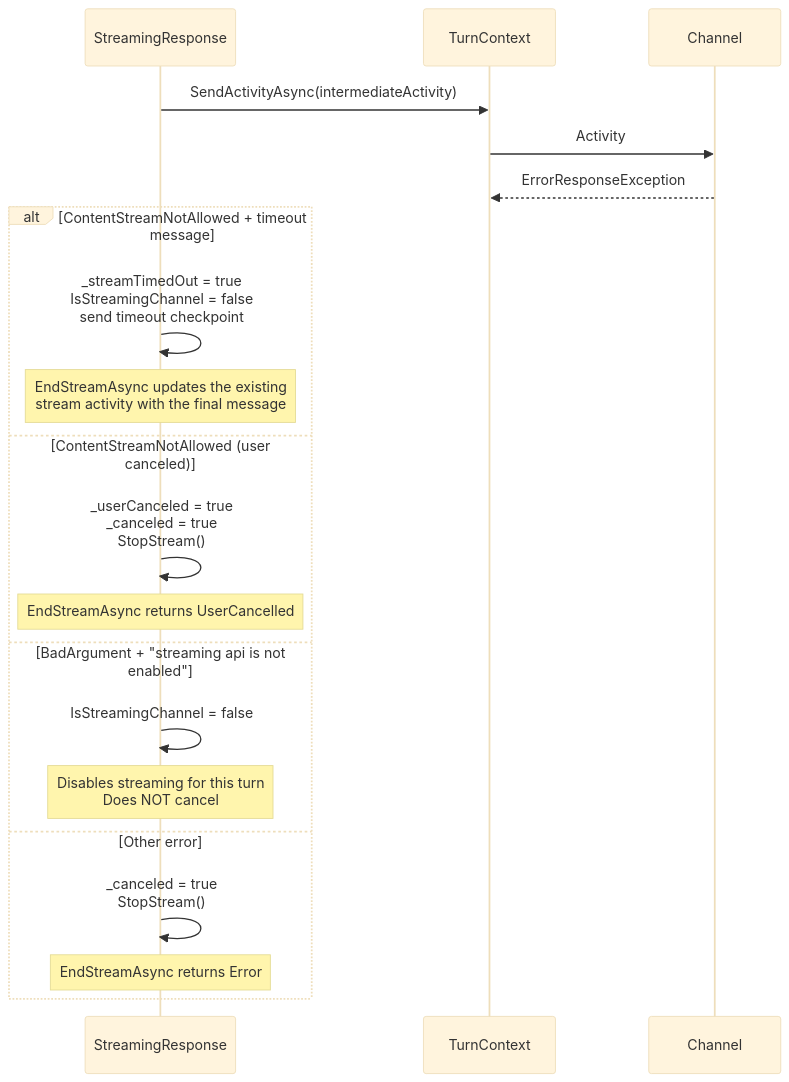
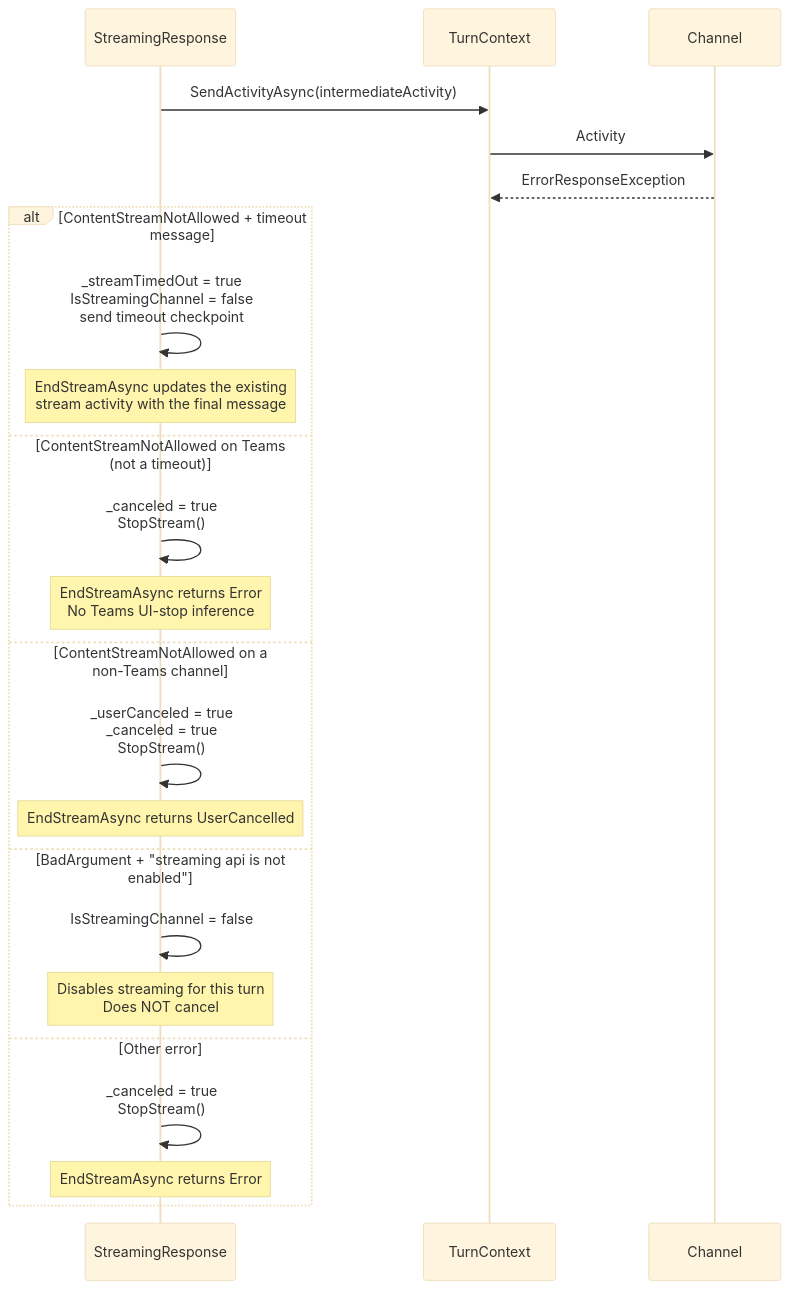
The third of 4 diagrams in docs/streaming-response-sequence-diagram.md (microsoft/Agents-for-net), drawn with Mermaid (base theme) before and after one commit. The commit also changed other lines of this file and 5 other files, not shown here.

First line of the commit message:
Align Teams streaming service rejection semantics

````diff
--- a/docs/streaming-response-sequence-diagram.md
+++ b/docs/streaming-response-sequence-diagram.md
@@ -120,24 +134,27 @@
 ```mermaid
 sequenceDiagram
     participant StreamingResponse
     participant TurnContext
     participant Channel
 
     StreamingResponse->>TurnContext: SendActivityAsync(intermediateActivity)
     TurnContext->>Channel: Activity
     Channel-->>TurnContext: ErrorResponseException
 
     alt ContentStreamNotAllowed + timeout message
         StreamingResponse->>StreamingResponse: _streamTimedOut = true<br/>IsStreamingChannel = false<br/>send timeout checkpoint
         Note over StreamingResponse: EndStreamAsync updates the existing<br/>stream activity with the final message
-    else ContentStreamNotAllowed (user canceled)
+    else ContentStreamNotAllowed on Teams (not a timeout)
+        StreamingResponse->>StreamingResponse: _canceled = true<br/>StopStream()
+        Note over StreamingResponse: EndStreamAsync returns Error<br/>No Teams UI-stop inference
+    else ContentStreamNotAllowed on a non-Teams channel
         StreamingResponse->>StreamingResponse: _userCanceled = true<br/>_canceled = true<br/>StopStream()
         Note over StreamingResponse: EndStreamAsync returns UserCancelled
     else BadArgument + "streaming api is not enabled"
         StreamingResponse->>StreamingResponse: IsStreamingChannel = false
         Note over StreamingResponse: Disables streaming for this turn<br/>Does NOT cancel
     else Other error
         StreamingResponse->>StreamingResponse: _canceled = true<br/>StopStream()
         Note over StreamingResponse: EndStreamAsync returns Error
     end
 ```
````
